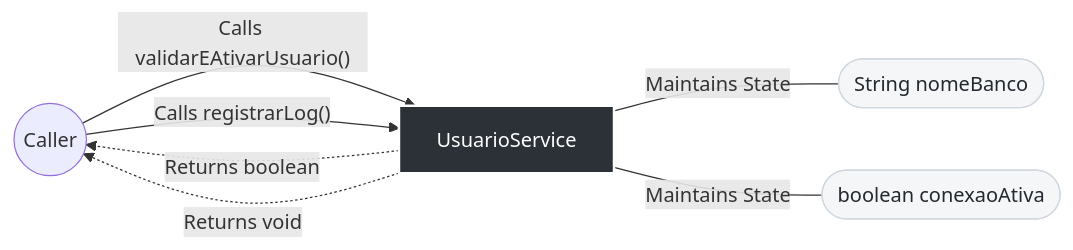
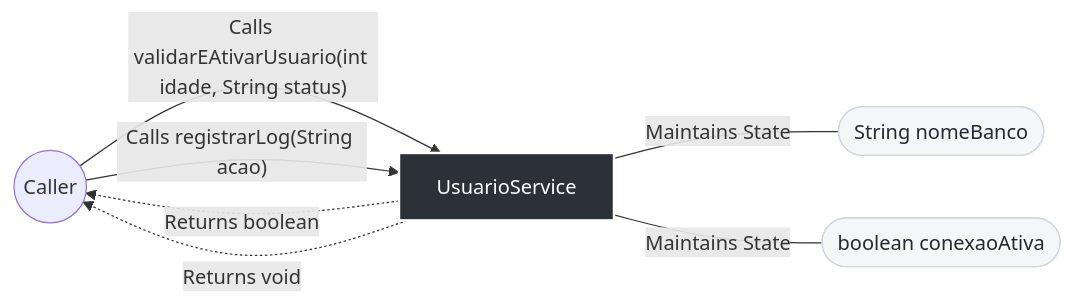
Before and after one commit to FelipeMCassiano/geanky: the diagram in docs/UsuarioService.md, drawn with Mermaid. The commit also changed other lines of this file and 4 other files, not shown here.

````diff
--- a/docs/UsuarioService.md
+++ b/docs/UsuarioService.md
@@ -31,30 +31,30 @@
 ```mermaid
 flowchart LR
     %% Styling
     classDef classNode fill:#2b3137,stroke:#fff,stroke-width:2px,color:#fff;
     classDef stateNode fill:#f4f6f8,stroke:#d0d7de,color:#24292f;
     classDef extNode fill:#0366d6,stroke:#fff,stroke-width:2px,color:#fff;
     
     Caller(("Caller"))
     ThisClass["UsuarioService"]:::classNode
 
     %% Method Calls
     
-    Caller -- "Calls validarEAtivarUsuario()" --> ThisClass
+    Caller -- "Calls validarEAtivarUsuario(int idade, String status)" --> ThisClass
     ThisClass -. "Returns boolean" .-> Caller
     
-    Caller -- "Calls registrarLog()" --> ThisClass
+    Caller -- "Calls registrarLog(String acao)" --> ThisClass
     ThisClass -. "Returns void" .-> Caller
     
 
     %% State vs External Dependencies
     
     
     ThisClass -- "Maintains State" --- State_nomeBanco(["String nomeBanco"]):::stateNode
     
     
     
     ThisClass -- "Maintains State" --- State_conexaoAtiva(["boolean conexaoAtiva"]):::stateNode
     
     
 ```
````
